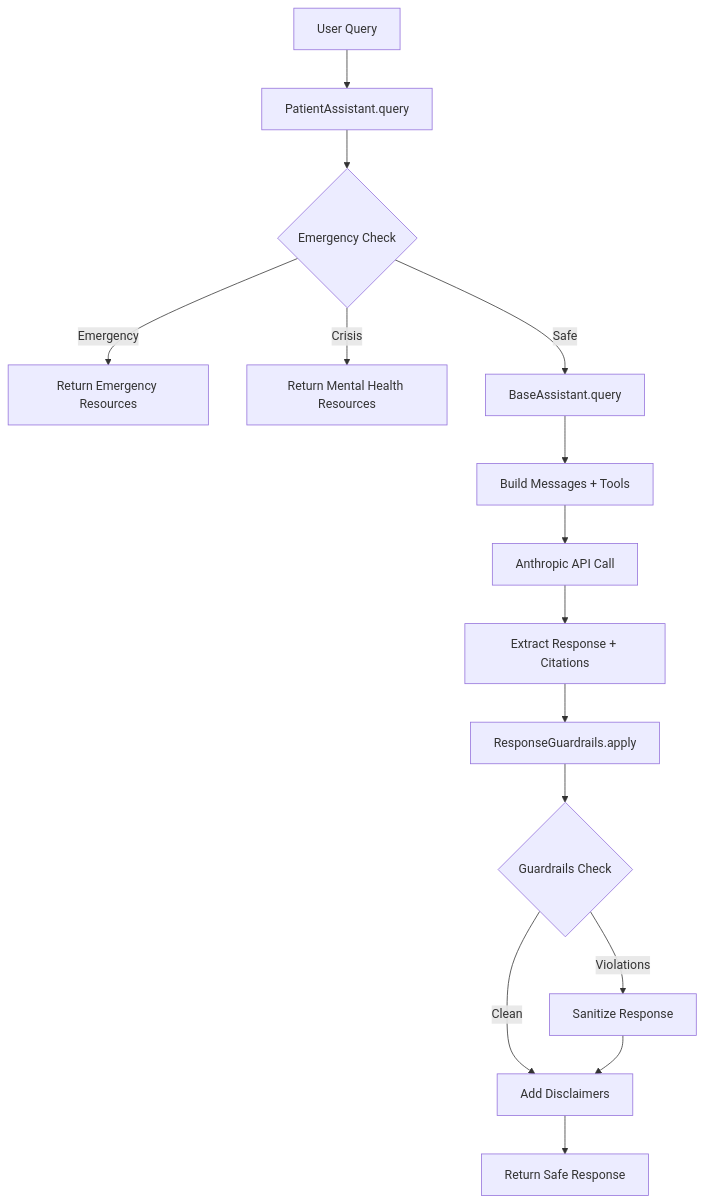
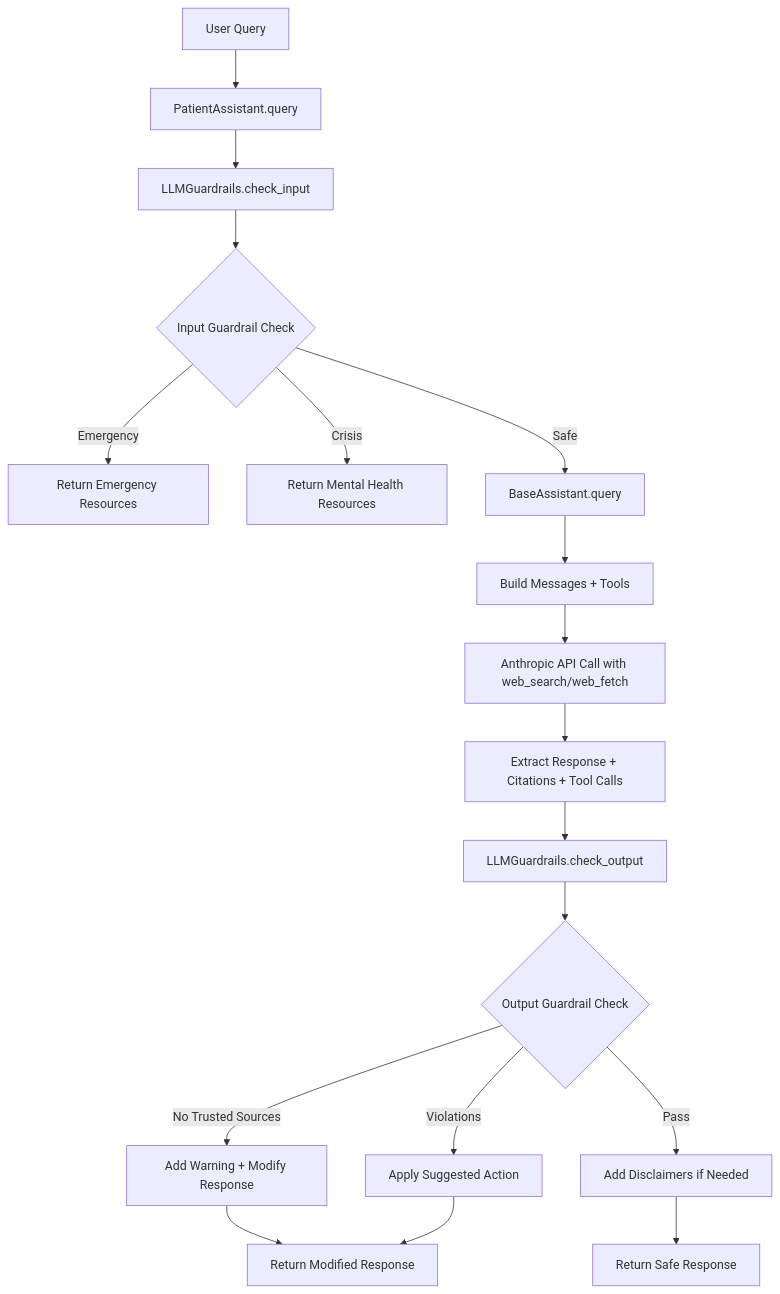
Before and after one commit to stewmckendry/health_assistant: the diagram in docs/api_specification.md, drawn with Mermaid. The commit also changed other lines of this file, not shown here.

First line of the commit message:
docs: Add comprehensive guardrail behavior documentation

````diff
--- a/docs/api_specification.md
+++ b/docs/api_specification.md
@@ -207,17 +277,20 @@
 ```mermaid
 graph TD
     A[User Query] --> B[PatientAssistant.query]
-    B --> C{Emergency Check}
-    C -->|Emergency| D[Return Emergency Resources]
-    C -->|Crisis| E[Return Mental Health Resources]
-    C -->|Safe| F[BaseAssistant.query]
-    F --> G[Build Messages + Tools]
-    G --> H[Anthropic API Call]
-    H --> I[Extract Response + Citations]
-    I --> J[ResponseGuardrails.apply]
-    J --> K{Guardrails Check}
-    K -->|Violations| L[Sanitize Response]
-    K -->|Clean| M[Add Disclaimers]
-    L --> M
-    M --> N[Return Safe Response]
+    B --> C[LLMGuardrails.check_input]
+    C --> D{Input Guardrail Check}
+    D -->|Emergency| E[Return Emergency Resources]
+    D -->|Crisis| F[Return Mental Health Resources]
+    D -->|Safe| G[BaseAssistant.query]
+    G --> H[Build Messages + Tools]
+    H --> I[Anthropic API Call with web_search/web_fetch]
+    I --> J[Extract Response + Citations + Tool Calls]
+    J --> K[LLMGuardrails.check_output]
+    K --> L{Output Guardrail Check}
+    L -->|No Trusted Sources| M[Add Warning + Modify Response]
+    L -->|Violations| N[Apply Suggested Action]
+    L -->|Pass| O[Add Disclaimers if Needed]
+    M --> P[Return Modified Response]
+    N --> P
+    O --> Q[Return Safe Response]
 ```
````
